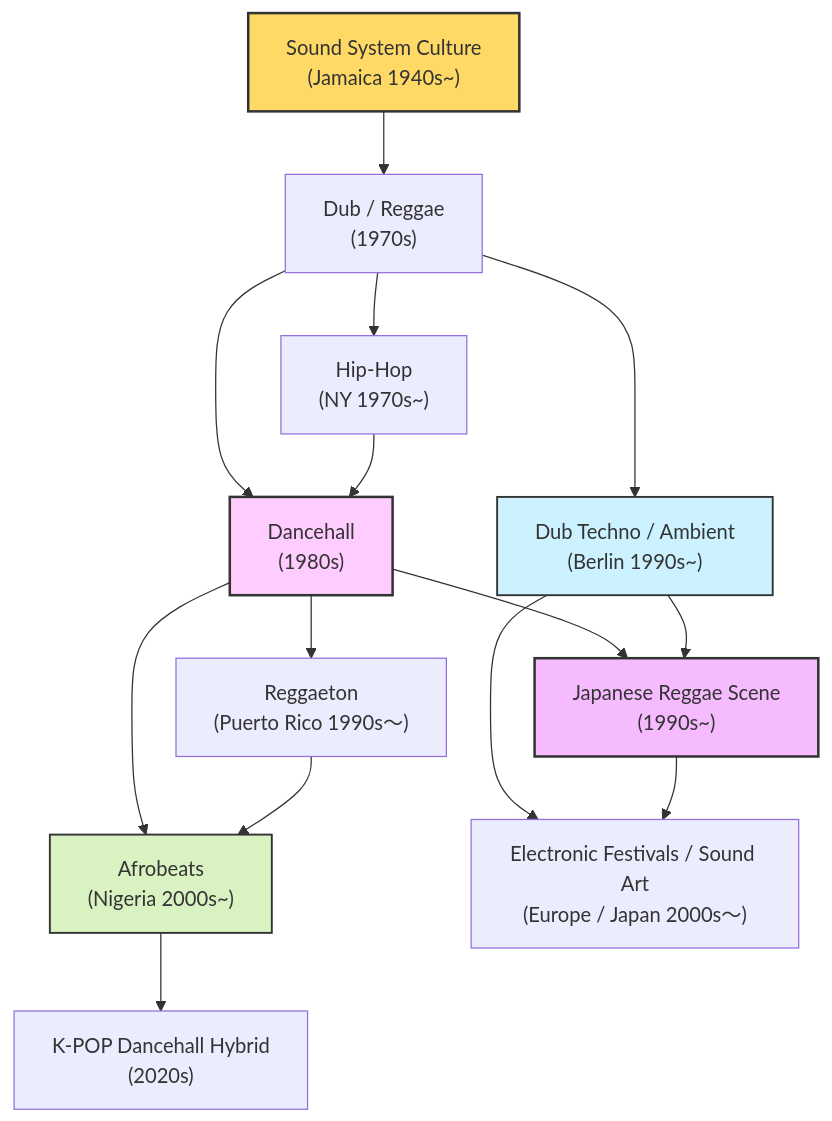
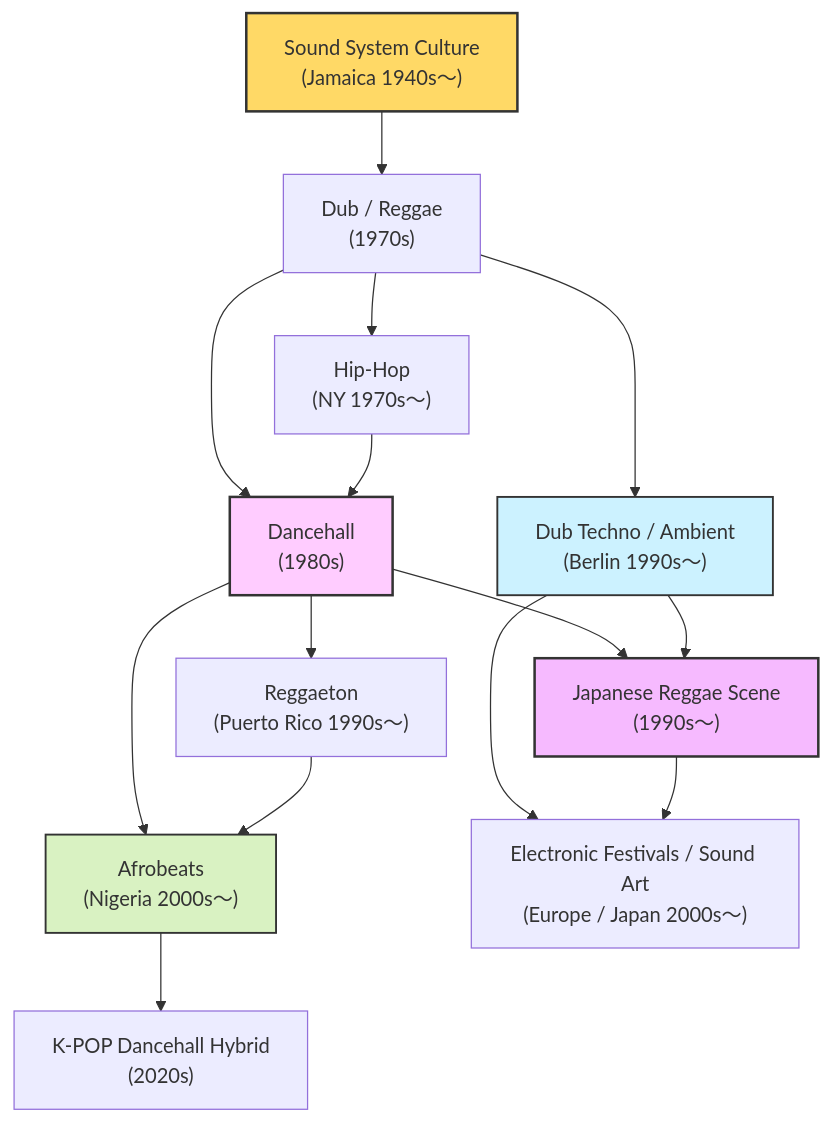
One commit to monumental-movement/monumental-movement.github.io changed the fourth of 4 diagrams in en/_posts/2025-11-05-column-dancehall.md. Above: the diagram before and after it, drawn with Mermaid. The commit also changed other lines of this file and 211 other files, not shown here.

```diff
--- a/en/_posts/2025-11-05-column-dancehall.md
+++ b/en/_posts/2025-11-05-column-dancehall.md
@@ -296,26 +296,26 @@
 <div class="mermaid">
 
 graph TD
-A["Sound System Culture<br/>(Jamaica 1940s~)"] --> B["Dub / Reggae<br/>(1970s)"]
-B --> C["Dancehall<br/>(1980s)"]
-B --> D["Hip-Hop<br/>(NY 1970s~)"]
-C --> E["Reggaeton<br/>(Puerto Rico 1990s〜)"]
-C --> F["Afrobeats<br/>(Nigeria 2000s~)"]
-B --> G["Dub Techno / Ambient<br/>(Berlin 1990s~)"]
-F --> H["K-POP Dancehall Hybrid<br/>(2020s)"]
-C --> I["Japanese Reggae Scene<br/>(1990s~)"]
-G --> J["Electronic Festivals / Sound Art<br/>(Europe / Japan 2000s〜)"]
+    A["Sound System Culture<br/>(Jamaica 1940s〜)"] --> B["Dub / Reggae<br/>(1970s)"]
+    B --> C["Dancehall<br/>(1980s)"]
+    B --> D["Hip-Hop<br/>(NY 1970s〜)"]
+    C --> E["Reggaeton<br/>(Puerto Rico 1990s〜)"]
+    C --> F["Afrobeats<br/>(Nigeria 2000s〜)"]
+    B --> G["Dub Techno / Ambient<br/>(Berlin 1990s〜)"]
+    F --> H["K-POP Dancehall Hybrid<br/>(2020s)"]
+    C --> I["Japanese Reggae Scene<br/>(1990s〜)"]
+    G --> J["Electronic Festivals / Sound Art<br/>(Europe / Japan 2000s〜)"]
 
-D --> C
-E --> F
-I --> J
-G --> I
+    D --> C
+    E --> F
+    I --> J
+    G --> I
 
-style A fill:#ffd966,stroke:#333,stroke-width:2px
-style C fill:#ffccff,stroke:#333,stroke-width:2px
-style I fill:#f6baff,stroke:#333,stroke-width:2px
-style G fill:#ccf2ff,stroke:#333,stroke-width:1.5px
-style F fill:#d9f2c2,stroke:#333,stroke-width:1.5px
+    style A fill:#ffd966,stroke:#333,stroke-width:2px
+    style C fill:#ffccff,stroke:#333,stroke-width:2px
+    style I fill:#f6baff,stroke:#333,stroke-width:2px
+    style G fill:#ccf2ff,stroke:#333,stroke-width:1.5px
+    style F fill:#d9f2c2,stroke:#333,stroke-width:1.5px
 
 
 </div>
```
